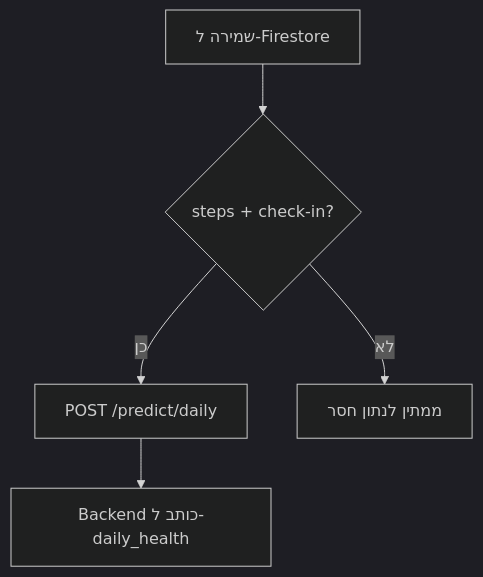
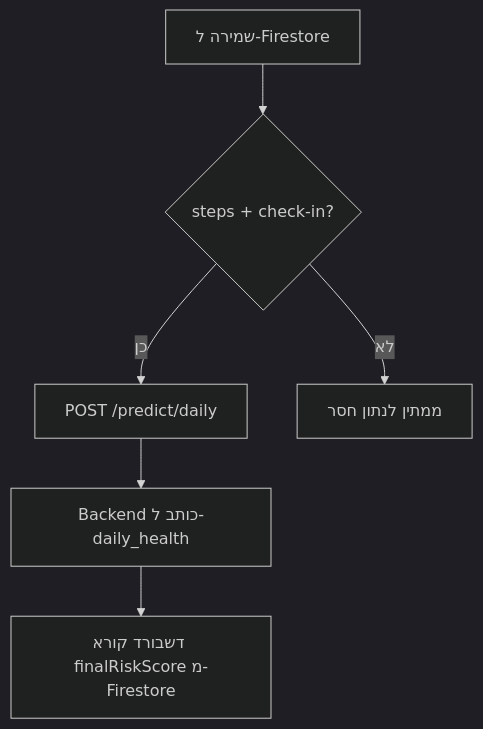
One commit to yahav97/final_project_AthleAgent changed the first of 4 diagrams in docs/LLD_PROJECT.md. Above: the diagram before and after it, drawn with Mermaid (dark theme). The commit also changed other lines of this file and 34 other files, not shown here.

````diff
--- a/docs/LLD_PROJECT.md
+++ b/docs/LLD_PROJECT.md
@@ -129,7 +134,8 @@
 ```mermaid
 flowchart TD
     Save[שמירה ל-Firestore] --> Check{steps + check-in?}
     Check -->|כן| API[POST /predict/daily]
     Check -->|לא| Wait[ממתין לנתון חסר]
     API --> FS[Backend כותב ל-daily_health]
+    FS --> UI[דשבורד קורא finalRiskScore מ-Firestore]
 ```
````
